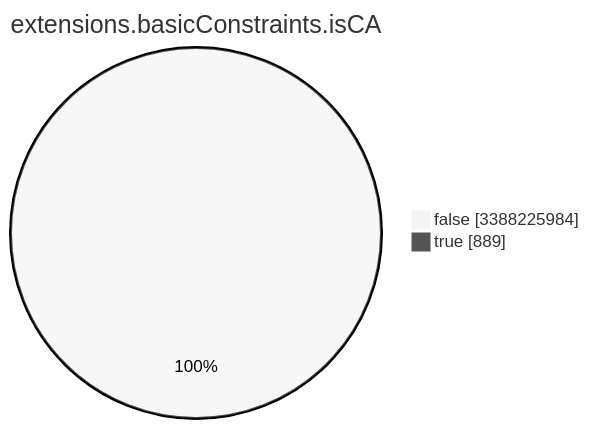
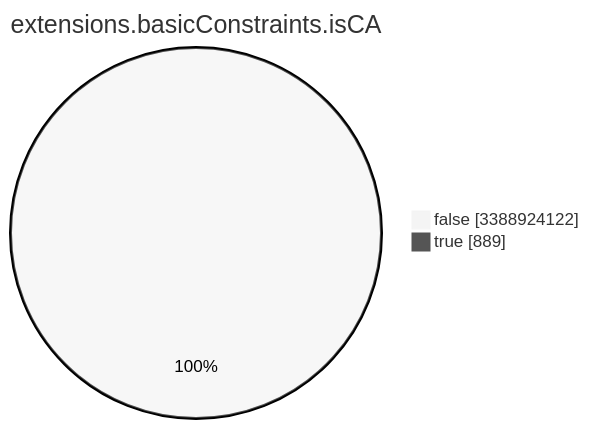
One commit to christiankrug/ctmonitor_visualization changed the seventh of 15 diagrams in TOTAL/README.md. Above: the diagram before and after it, drawn with Mermaid (neutral theme). The commit also changed other lines of this file, not shown here.

````diff
--- a/TOTAL/README.md
+++ b/TOTAL/README.md
@@ -3090,6 +3090,6 @@
 ```mermaid
 pie showData
 title extensions.basicConstraints.isCA
-"false" :3388225984
+"false" :3388924122
 "true" :889
 ```
````
